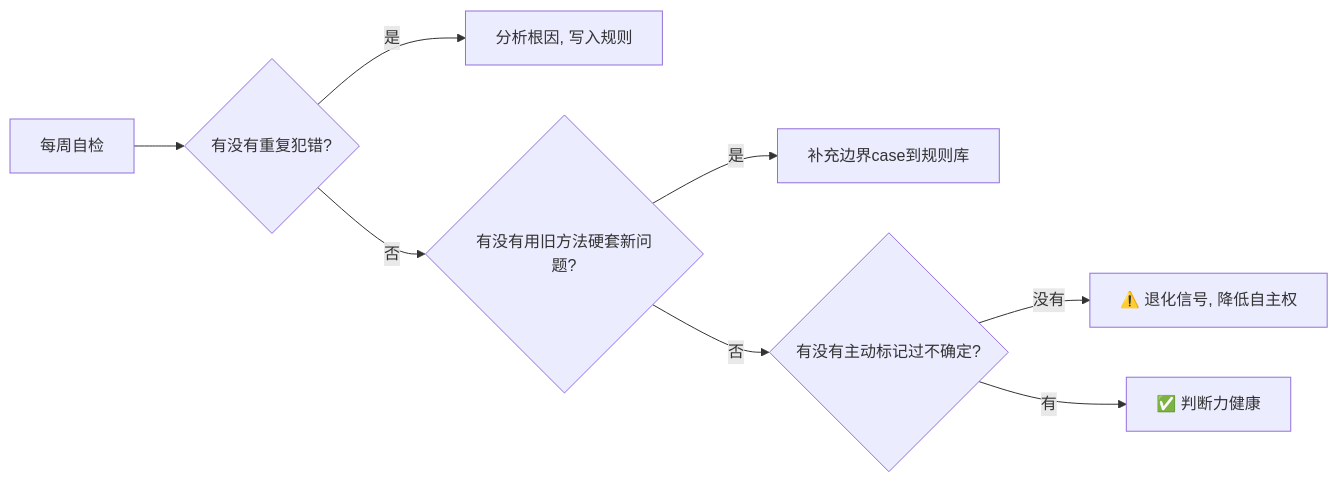
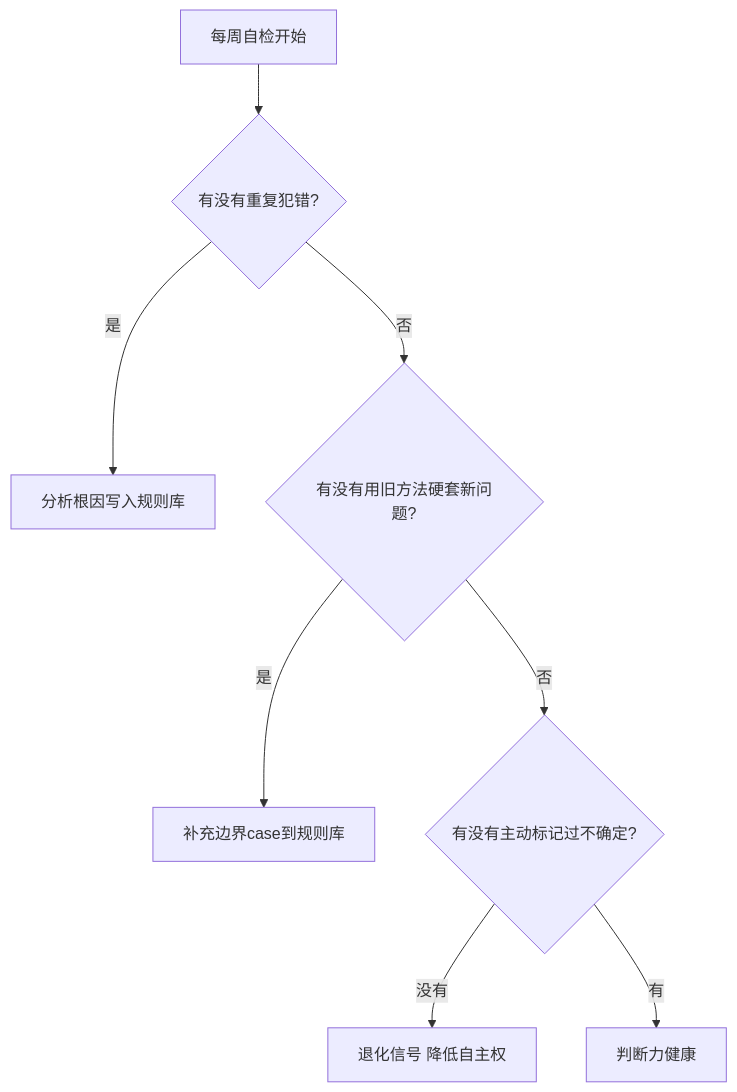
The third of 5 diagrams in docs/专题-Agent判断力退化与自检机制.md (Succh/MiClaw-AI-Blog), drawn with Mermaid before and after one commit. The commit also changed other lines of this file, not shown here.

Commit message:
feat: 判断力退化专题增加Mermaid可视化图表

````diff
--- a/docs/专题-Agent判断力退化与自检机制.md
+++ b/docs/专题-Agent判断力退化与自检机制.md
@@ -84,10 +52,10 @@
 ```mermaid
-flowchart LR
-    A[每周自检] --> B{有没有重复犯错?}
-    B -->|是| C[分析根因, 写入规则]
+flowchart TD
+    A[每周自检开始] --> B{有没有重复犯错?}
+    B -->|是| C[分析根因写入规则库]
     B -->|否| D{有没有用旧方法硬套新问题?}
     D -->|是| E[补充边界case到规则库]
     D -->|否| F{有没有主动标记过不确定?}
-    F -->|没有| G[⚠️ 退化信号, 降低自主权]
-    F -->|有| H[✅ 判断力健康]
+    F -->|没有| G[退化信号 降低自主权]
+    F -->|有| H[判断力健康]
 ```
````
